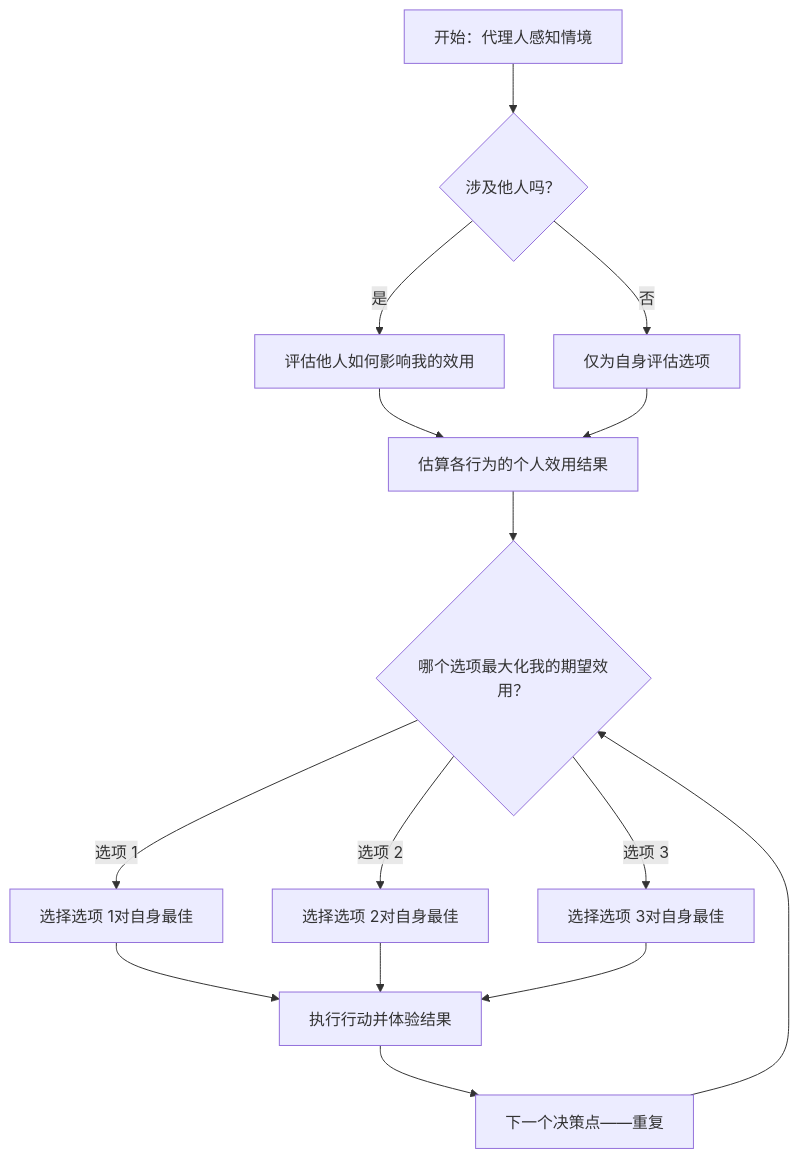
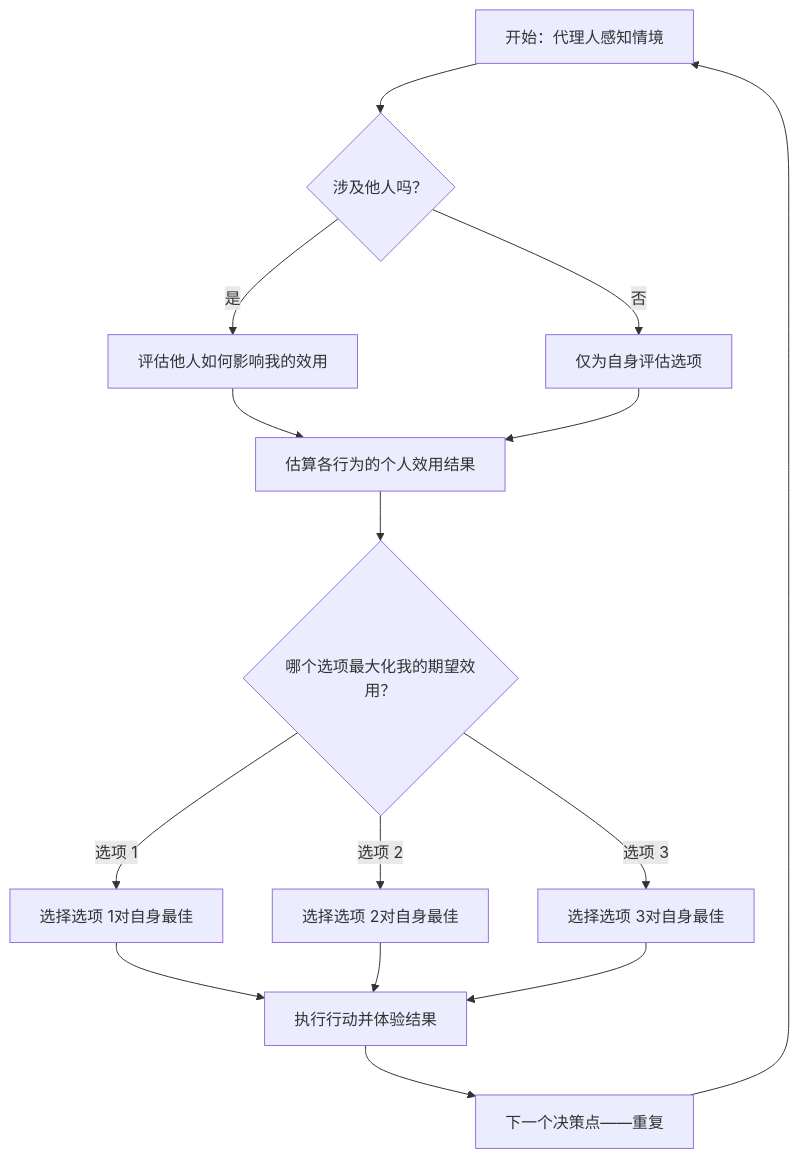
Before and after one commit to DavidHua04/philosophical-ravings: the diagram in The Structure and Implications of Individual Utilitarianism/个人效用主义：一种以理性为基础的自我导向道德认知模型.md, drawn with Mermaid.

````diff
--- a/The Structure and Implications of Individual Utilitarianism/个人效用主义：一种以理性为基础的自我导向道德认知模型.md
+++ b/The Structure and Implications of Individual Utilitarianism/个人效用主义：一种以理性为基础的自我导向道德认知模型.md
@@ -68,17 +68,17 @@
 ```mermaid
 flowchart TD
     A[开始：代理人感知情境] --> B{涉及他人吗？}
     B -->|否| C[仅为自身评估选项]
     B -->|是| D[评估他人如何影响我的效用]
     D --> E[估算各行为的个人效用结果]
     C --> E
     E --> F{哪个选项最大化我的期望效用？}
     F -->|选项 1| G[选择选项 1对自身最佳]
     F -->|选项 2| H[选择选项 2对自身最佳]
     F -->|选项 3| I[选择选项 3对自身最佳]
     G --> Z[执行行动并体验结果]
     H --> Z
     I --> Z
     Z --> A2[下一个决策点——重复]
-    A2 --> F
+    A2 --> A
 ```
````
